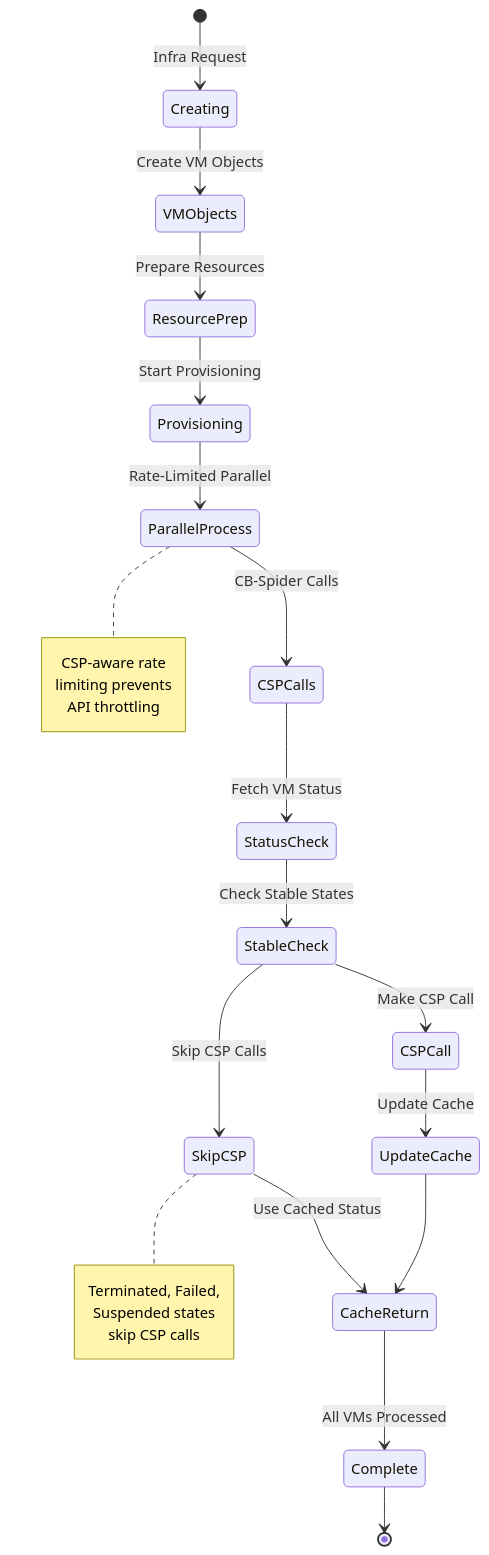
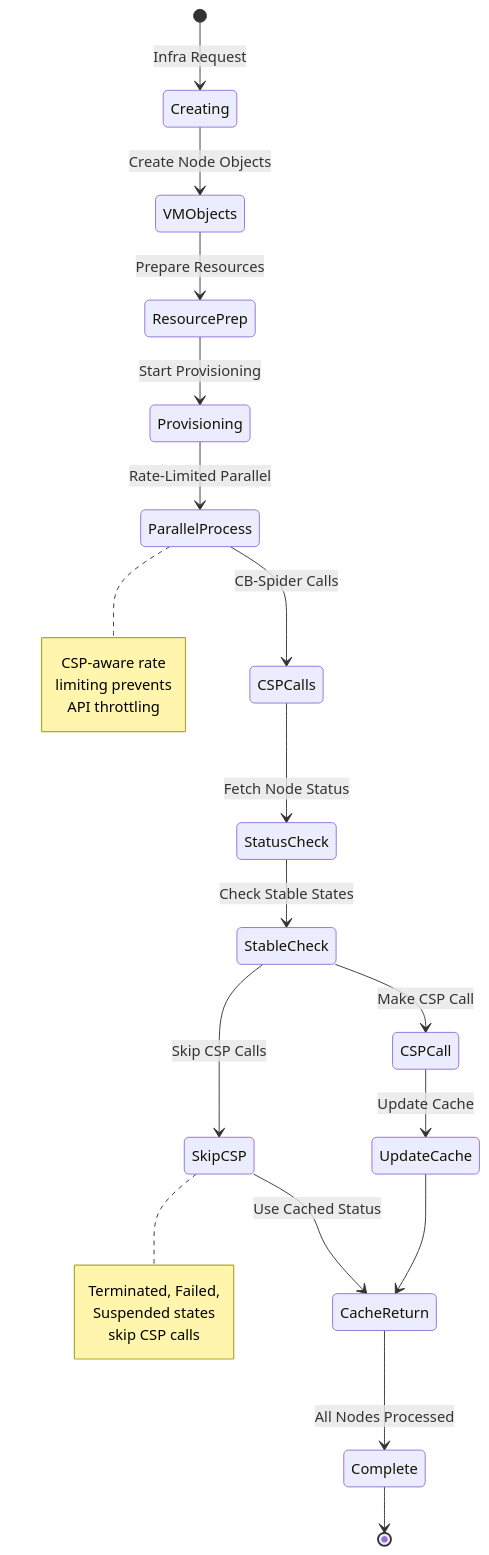
The fourth of 9 diagrams in docs/feature_guide/high-scale-provisioning-architecture.md (cloud-barista/cb-tumblebug), drawn with Mermaid before and after one commit. The commit also changed other lines of this file and 81 other files, not shown here.

````diff
--- a/docs/feature_guide/high-scale-provisioning-architecture.md
+++ b/docs/feature_guide/high-scale-provisioning-architecture.md
@@ -185,26 +185,26 @@
 ```mermaid
 stateDiagram-v2
     [*] --> Creating: Infra Request
-    Creating --> VMObjects: Create VM Objects
+    Creating --> VMObjects: Create Node Objects
     VMObjects --> ResourcePrep: Prepare Resources
     ResourcePrep --> Provisioning: Start Provisioning
     
     Provisioning --> ParallelProcess: Rate-Limited Parallel
     ParallelProcess --> CSPCalls: CB-Spider Calls
-    CSPCalls --> StatusCheck: Fetch VM Status
+    CSPCalls --> StatusCheck: Fetch Node Status
     StatusCheck --> StableCheck: Check Stable States
     
     StableCheck --> SkipCSP: Skip CSP Calls
     StableCheck --> CSPCall: Make CSP Call
     
     SkipCSP --> CacheReturn: Use Cached Status
     CSPCall --> UpdateCache: Update Cache
     UpdateCache --> CacheReturn
     
-    CacheReturn --> Complete: All VMs Processed
+    CacheReturn --> Complete: All Nodes Processed
     Complete --> [*]
     
     note right of SkipCSP : Terminated, Failed,<br/>Suspended states<br/>skip CSP calls
     
     note right of ParallelProcess : CSP-aware rate<br/>limiting prevents<br/>API throttling
 ```
````
